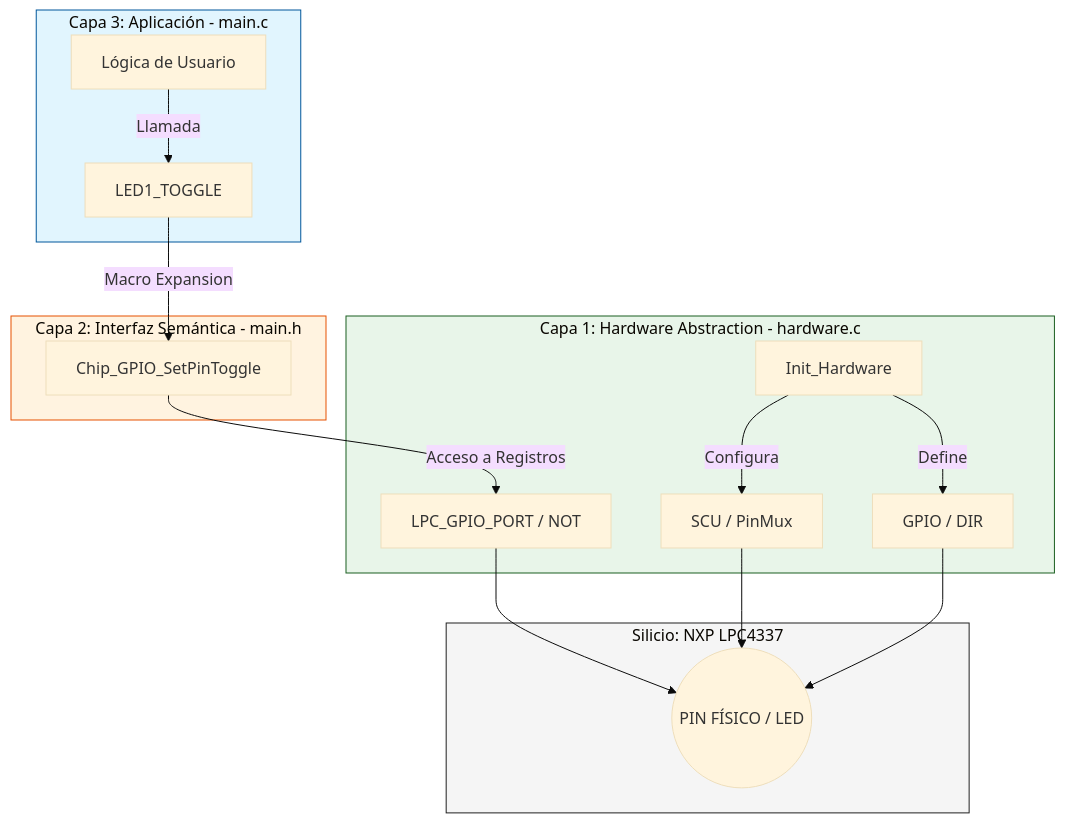
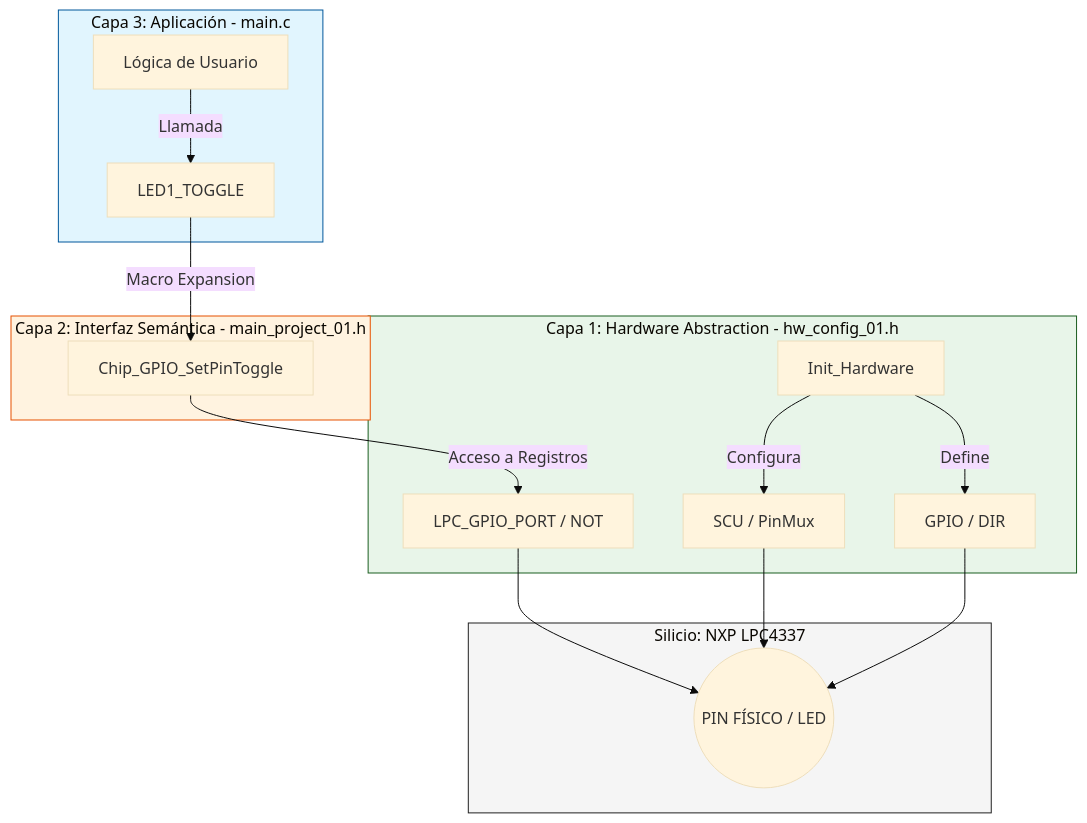
One commit to CarlitozMF/Edu-CIAA-LPC4337-LPCOpen-Lab changed the diagram in projects/01_GPIO/README.md. Above: the diagram before and after it, drawn with Mermaid (base theme). The commit also changed other lines of this file, not shown here.

````diff
--- a/projects/01_GPIO/README.md
+++ b/projects/01_GPIO/README.md
@@ -32,27 +32,27 @@
 ```mermaid
 graph TD
     subgraph Capa_3 [Capa 3: Aplicación - main.c]
         A[Lógica de Usuario] -->|Llamada| B[LED1_TOGGLE]
     end
 
-    subgraph Capa_2 [Capa 2: Interfaz Semántica - main.h]
+    subgraph Capa_2 [Capa 2: Interfaz Semántica - main_project_01.h]
         B -->|Macro Expansion| C[Chip_GPIO_SetPinToggle]
     end
 
-    subgraph Capa_1 [Capa 1: Hardware Abstraction - hardware.c]
+    subgraph Capa_1 [Capa 1: Hardware Abstraction - hw_config_01.h]
         C -->|Acceso a Registros| D[LPC_GPIO_PORT / NOT]
         E[Init_Hardware] -->|Configura| F[SCU / PinMux]
         E -->|Define| G[GPIO / DIR]
     end
 
     subgraph Silicio [Silicio: NXP LPC4337]
         D --> H((PIN FÍSICO / LED))
         F --> H
         G --> H
     end
 
     style Capa_3 fill:#e1f5fe,stroke:#01579b
     style Capa_2 fill:#fff3e0,stroke:#e65100
     style Capa_1 fill:#e8f5e9,stroke:#1b5e20
     style Silicio fill:#f5f5f5,stroke:#212121
 ```
````
